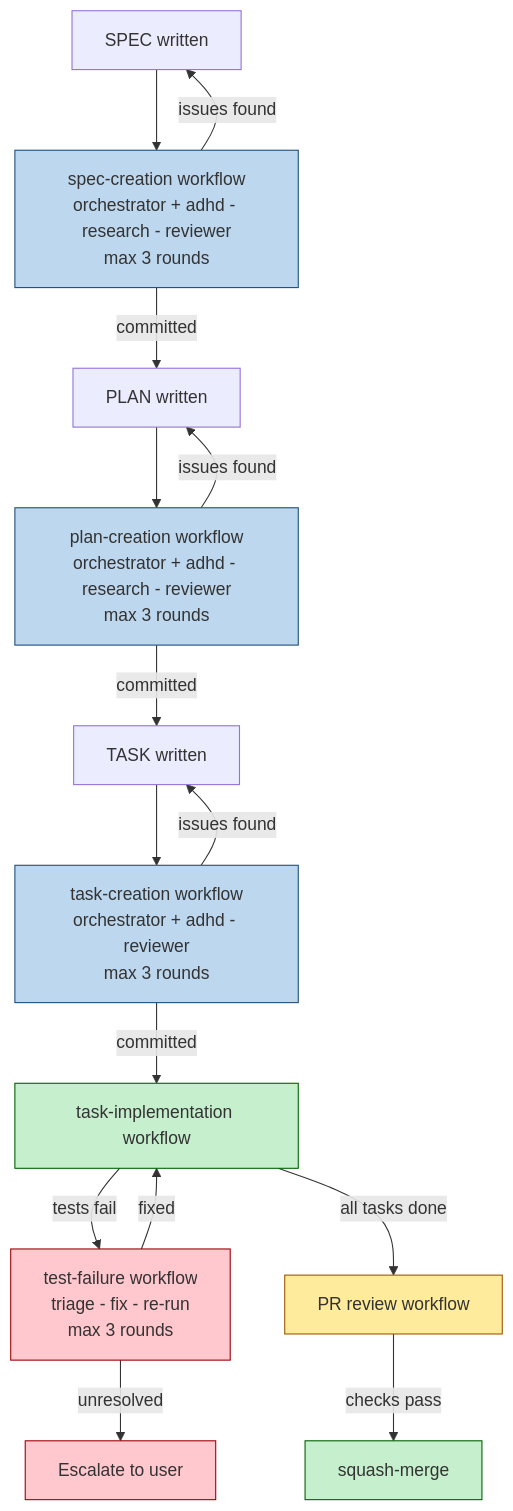
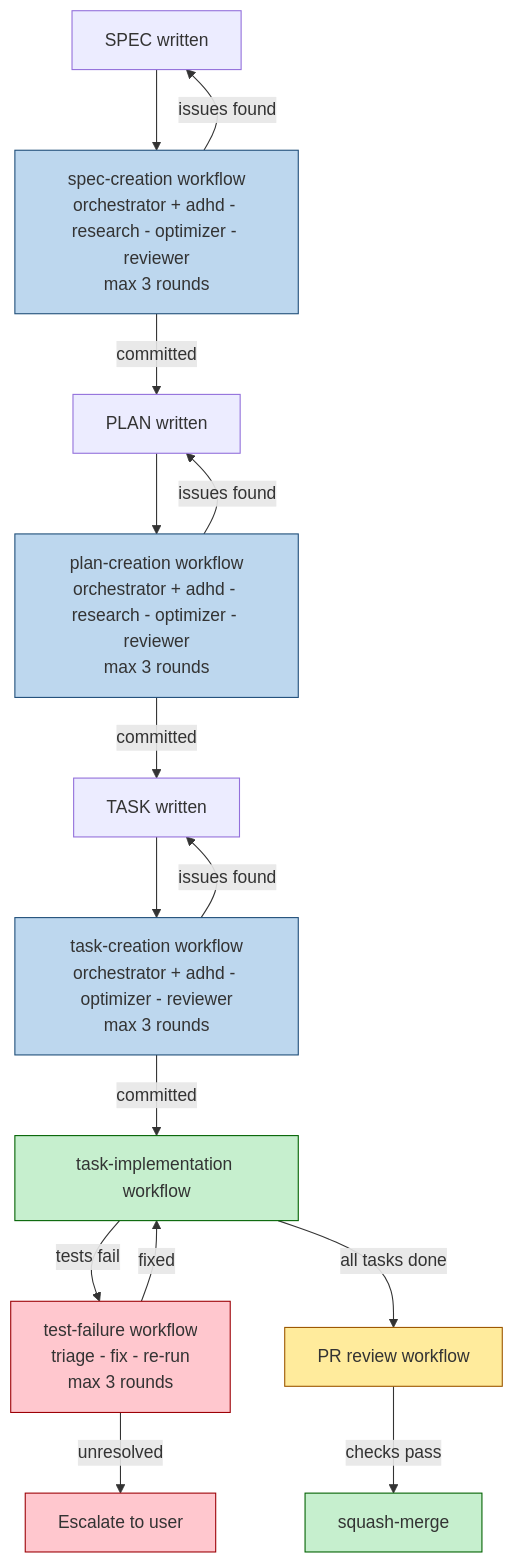
Before and after one commit to bperin/project-context: the first of 4 diagrams in src/workflows/overview.md, drawn with Mermaid. The commit also changed other lines of this file and 18 other files, not shown here.

First line of the commit message:
Add optimizer-reviewer separation to workflows

````diff
--- a/src/workflows/overview.md
+++ b/src/workflows/overview.md
@@ -7,27 +7,27 @@
 ```mermaid
 flowchart TD
-    SPEC["SPEC written"] --> SPECW["spec-creation workflow<br/>orchestrator + adhd - research - reviewer<br/>max 3 rounds"]
+    SPEC["SPEC written"] --> SPECW["spec-creation workflow<br/>orchestrator + adhd - research - optimizer - reviewer<br/>max 3 rounds"]
     SPECW -->|committed| PLAN["PLAN written"]
-    PLAN --> PLANW["plan-creation workflow<br/>orchestrator + adhd - research - reviewer<br/>max 3 rounds"]
+    PLAN --> PLANW["plan-creation workflow<br/>orchestrator + adhd - research - optimizer - reviewer<br/>max 3 rounds"]
     PLANW -->|committed| TASK["TASK written"]
-    TASK --> TASKW["task-creation workflow<br/>orchestrator + adhd - reviewer<br/>max 3 rounds"]
+    TASK --> TASKW["task-creation workflow<br/>orchestrator + adhd - optimizer - reviewer<br/>max 3 rounds"]
     TASKW -->|committed| IMPL["task-implementation workflow"]
     IMPL -->|tests fail| TF["test-failure workflow<br/>triage - fix - re-run<br/>max 3 rounds"]
     TF -->|fixed| IMPL
     TF -->|unresolved| ESC["Escalate to user"]
     IMPL -->|all tasks done| PR["PR review workflow"]
     PR -->|checks pass| MERGE["squash-merge"]
 
     SPECW -->|issues found| SPEC
     PLANW -->|issues found| PLAN
     TASKW -->|issues found| TASK
 
     style SPECW fill:#BDD7EE,stroke:#1F4E79
     style PLANW fill:#BDD7EE,stroke:#1F4E79
     style TASKW fill:#BDD7EE,stroke:#1F4E79
     style IMPL fill:#C6EFCE,stroke:#006100
     style TF fill:#FFC7CE,stroke:#9C0006
     style ESC fill:#FFC7CE,stroke:#9C0006
     style PR fill:#FFEB9C,stroke:#9C5700
     style MERGE fill:#C6EFCE,stroke:#006100
 ```
````
